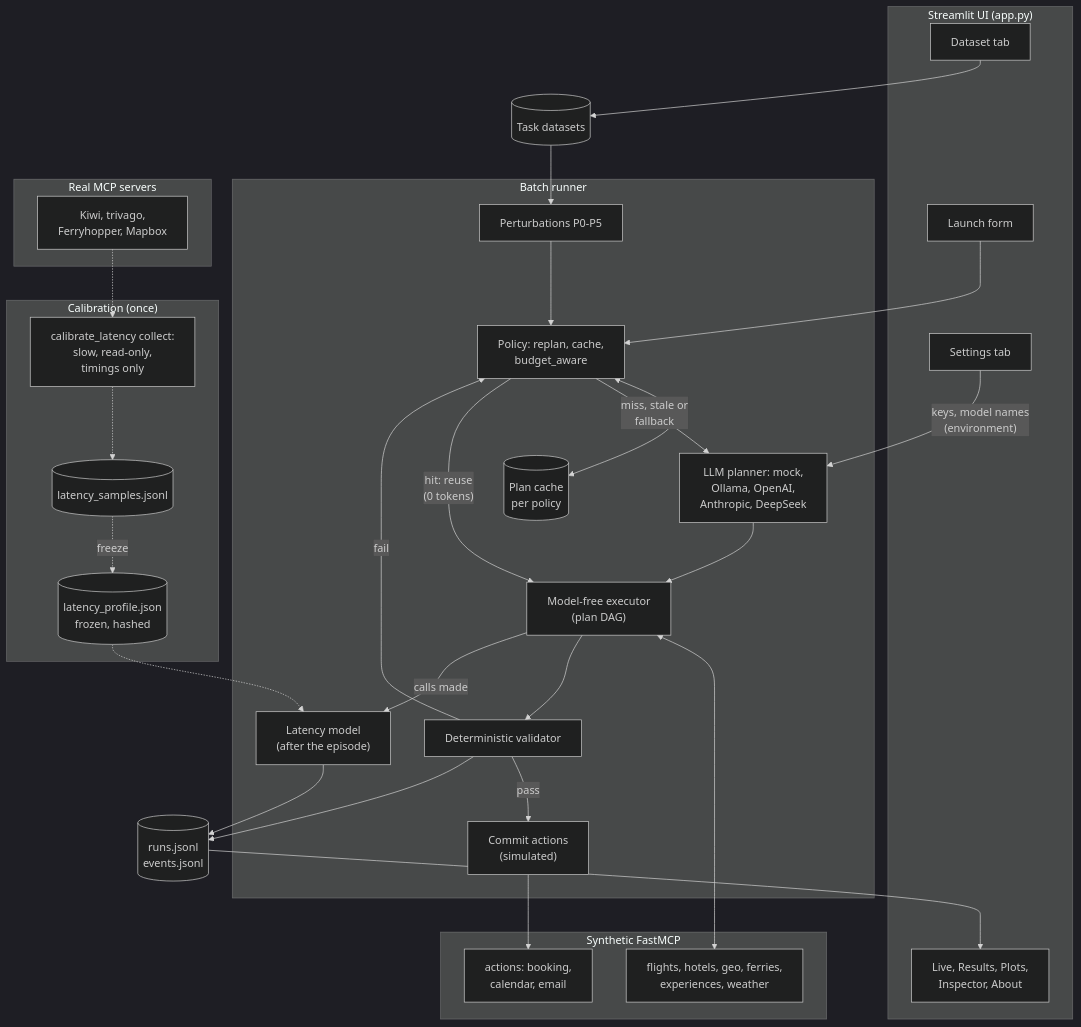
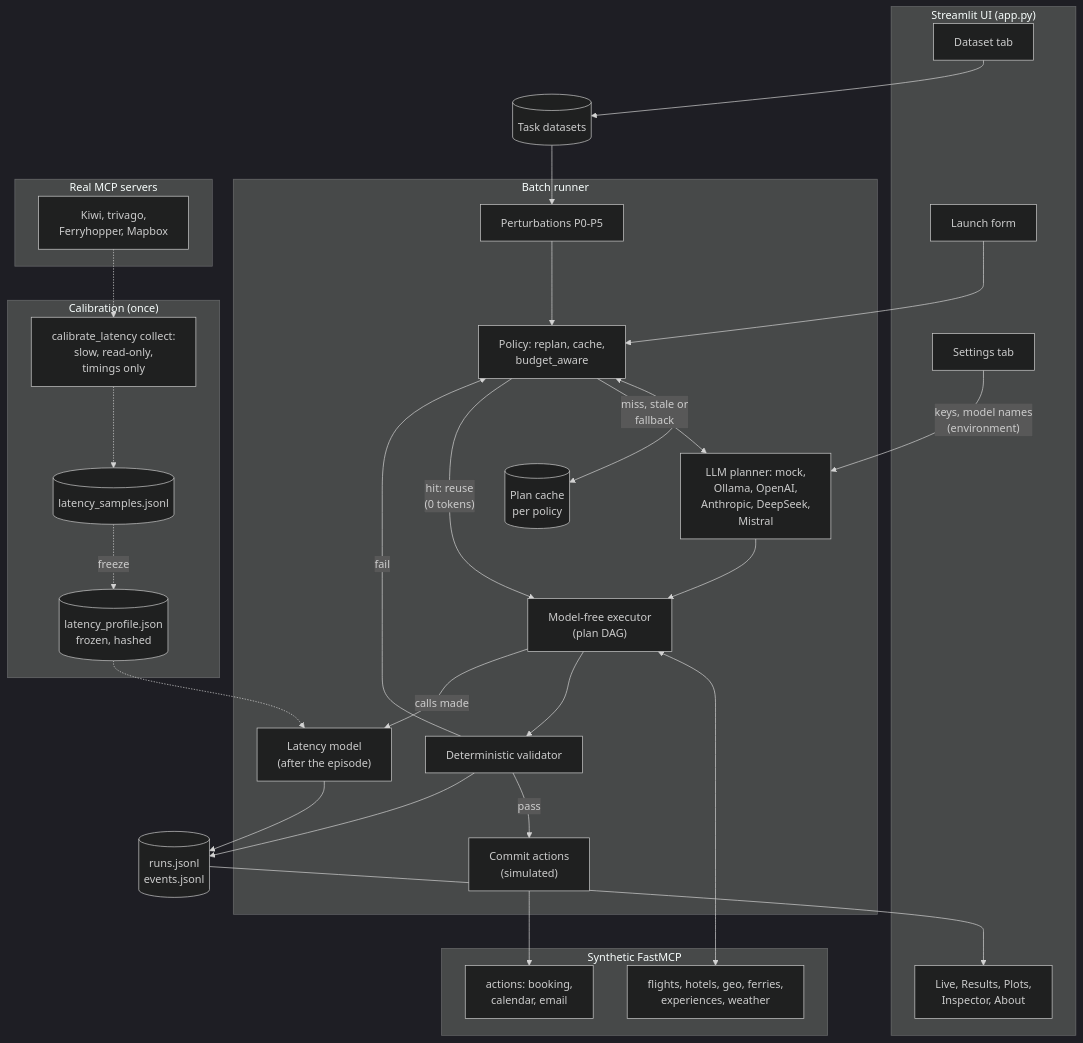
One commit to aystechy/travel_mcp_eval changed the first of 2 diagrams in docs/ARCHITECTURE.md. Above: the diagram before and after it, drawn with Mermaid (dark theme). The commit also changed other lines of this file and 9 other files, not shown here.

Commit message:
Added Mistral to LLM list

````diff
--- a/docs/ARCHITECTURE.md
+++ b/docs/ARCHITECTURE.md
@@ -12,47 +12,47 @@
 ```mermaid
 flowchart TB
     subgraph UI["Streamlit UI (app.py)"]
         LF["Launch form"]
         DT["Dataset tab"]
         ST["Settings tab"]
         RT["Live, Results, Plots,<br/>Inspector, About"]
     end
     subgraph RUN["Batch runner"]
         PT["Perturbations P0-P5"]
         PO["Policy: replan, cache,<br/>budget_aware"]
         PC[("Plan cache<br/>per policy")]
-        LLM["LLM planner: mock,<br/>Ollama, OpenAI,<br/>Anthropic, DeepSeek"]
+        LLM["LLM planner: mock,<br/>Ollama, OpenAI,<br/>Anthropic, DeepSeek,<br/>Mistral"]
         EX["Model-free executor<br/>(plan DAG)"]
         VA["Deterministic validator"]
         AC["Commit actions<br/>(simulated)"]
         LM["Latency model<br/>(after the episode)"]
     end
     subgraph MCP["Synthetic FastMCP"]
         SIM["flights, hotels, geo, ferries,<br/>experiences, weather"]
         ACT["actions: booking,<br/>calendar, email"]
     end
     subgraph CAL["Calibration (once)"]
         CC["calibrate_latency collect:<br/>slow, read-only,<br/>timings only"]
         SM[("latency_samples.jsonl")]
         LP[("latency_profile.json<br/>frozen, hashed")]
     end
     subgraph REAL["Real MCP servers"]
         RS["Kiwi, trivago,<br/>Ferryhopper, Mapbox"]
     end
     DS[("Task datasets")] --> PT --> PO
     DT --> DS
     LF --> PO
     ST -- "keys, model names<br/>(environment)" --> LLM
     PO <--> PC
     PO -- "miss, stale or<br/>fallback" --> LLM --> EX
     PO -- "hit: reuse<br/>(0 tokens)" --> EX
     EX <--> SIM
     EX --> VA
     VA -- pass --> AC --> ACT
     VA -- fail --> PO
     EX -- "calls made" --> LM
     LM --> LOG[("runs.jsonl<br/>events.jsonl")]
     VA --> LOG
     LOG --> RT
     RS -.-> CC -.-> SM -. freeze .-> LP -.-> LM
 ```
````
